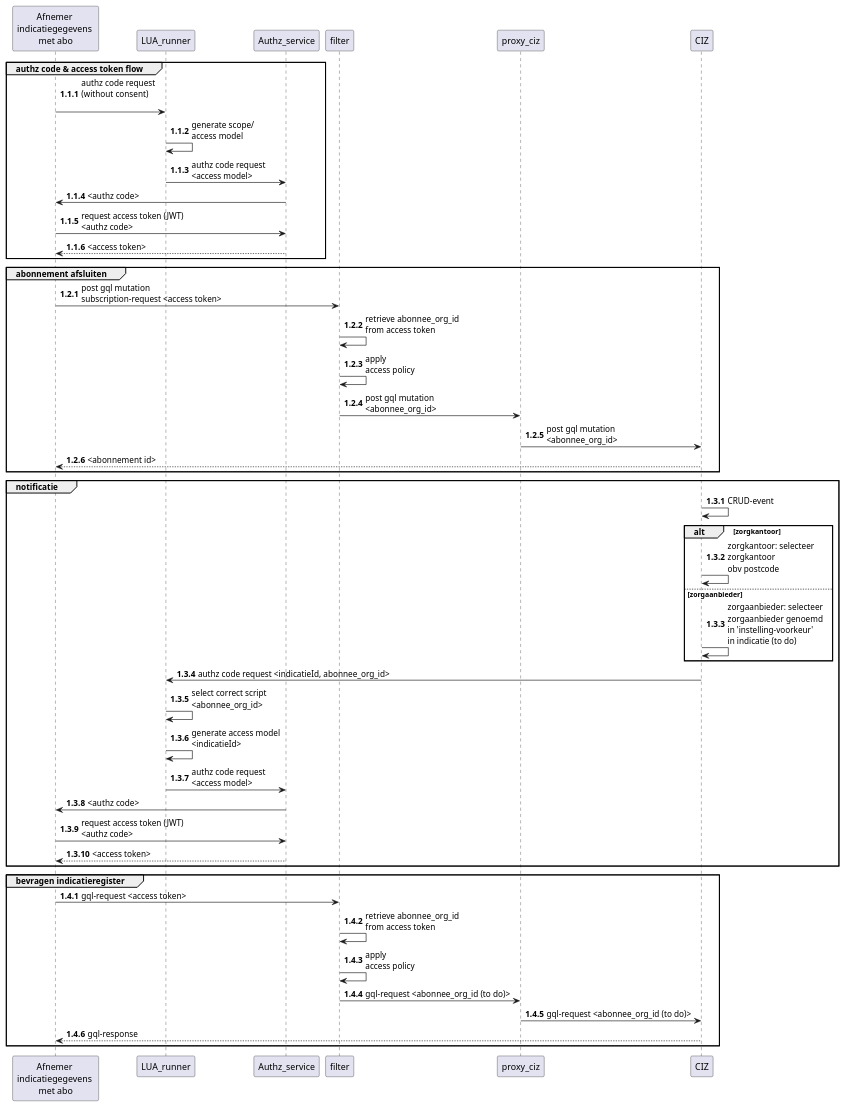
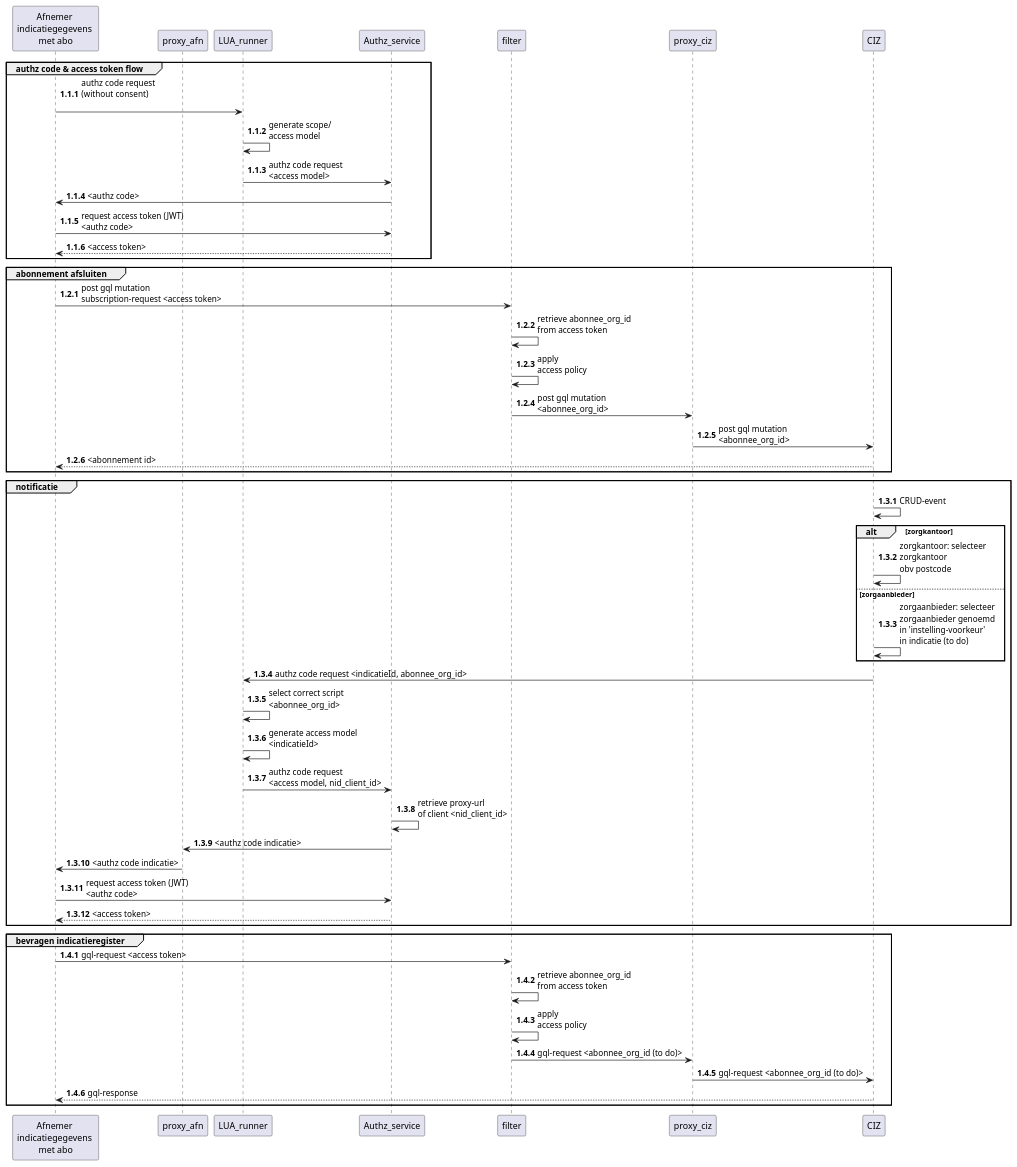
Before and after one commit to jorritspee/plantuml-zorginzage-babyconnect: the diagram in sequentie_iwlz_nid_indicatieregister_raadplegen_met_abo.puml, drawn with PlantUML.

```diff
--- a/sequentie_iwlz_nid_indicatieregister_raadplegen_met_abo.puml
+++ b/sequentie_iwlz_nid_indicatieregister_raadplegen_met_abo.puml
@@ -1,51 +1,54 @@
 @startuml
 autonumber 1.1.1
 participant "Afnemer \nindicatiegegevens \nmet abo" as ZK1
+participant proxy_afn as proxy_afn
 participant LUA_runner as LUA
 participant Authz_service as authz
 participant filter as filter
 participant proxy_ciz as proxy
 participant CIZ as ciz
 group authz code & access token flow
   ZK1 -> LUA : authz code request\n(without consent)\n
   LUA -> LUA : generate scope/\naccess model
   LUA -> authz : authz code request \n<access model>
   authz -> ZK1 : <authz code>
   ZK1 -> authz : request access token (JWT)\n<authz code>
   ZK1 <-- authz : <access token>
 end
 group abonnement afsluiten
   autonumber inc b
   ZK1 -> filter : post gql mutation \nsubscription-request <access token>
   filter -> filter: retrieve abonnee_org_id \nfrom access token
   filter -> filter: apply \naccess policy
   filter -> proxy : post gql mutation \n<abonnee_org_id>
   proxy -> ciz : post gql mutation \n<abonnee_org_id>
   ciz --> ZK1 : <abonnement id>
 end
 group notificatie
   autonumber inc b  
   ciz -> ciz : CRUD-event
   alt zorgkantoor 
     ciz -> ciz : zorgkantoor: selecteer \nzorgkantoor \nobv postcode
   else zorgaanbieder
     ciz -> ciz : zorgaanbieder: selecteer \nzorgaanbieder genoemd \nin 'instelling-voorkeur' \nin indicatie (to do)
   end
   ciz -> LUA : authz code request <indicatieId, abonnee_org_id>
   LUA -> LUA : select correct script \n<abonnee_org_id>
   LUA -> LUA : generate access model \n<indicatieId>
-  LUA -> authz : authz code request \n<access model>
-  authz -> ZK1 : <authz code> 
+  LUA -> authz : authz code request \n<access model, nid_client_id>
+  authz -> authz : retrieve proxy-url \nof client <nid_client_id>
+  authz -> proxy_afn : <authz code indicatie>
+  proxy_afn -> ZK1 : <authz code indicatie> 
   ZK1 -> authz : request access token (JWT)\n<authz code>
   ZK1 <-- authz : <access token>
 end
 group bevragen indicatieregister
   autonumber inc b  
   ZK1 -> filter : gql-request <access token>
   filter -> filter: retrieve abonnee_org_id \nfrom access token
   filter -> filter: apply \naccess policy
   filter -> proxy : gql-request <abonnee_org_id (to do)>
   proxy -> ciz : gql-request <abonnee_org_id (to do)>
   ciz --> ZK1 : gql-response
 end
 @enduml
```
